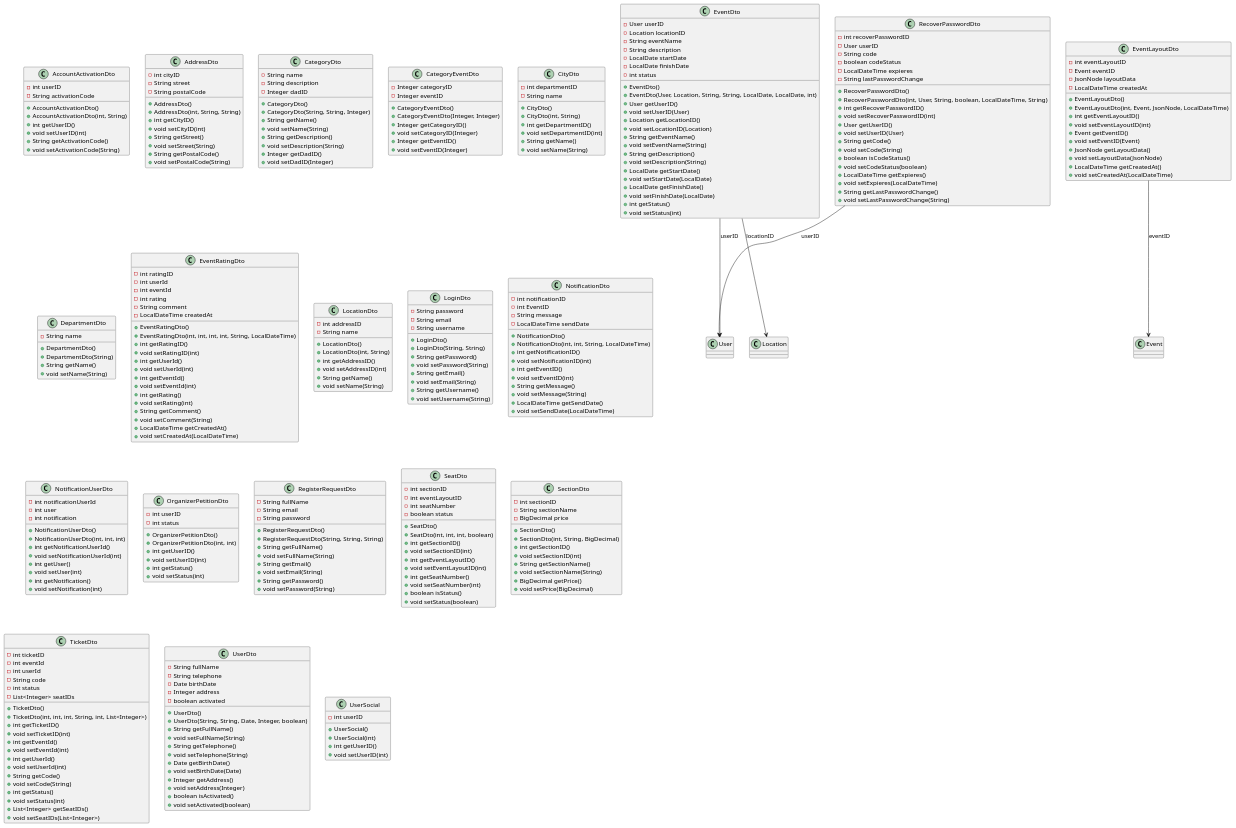
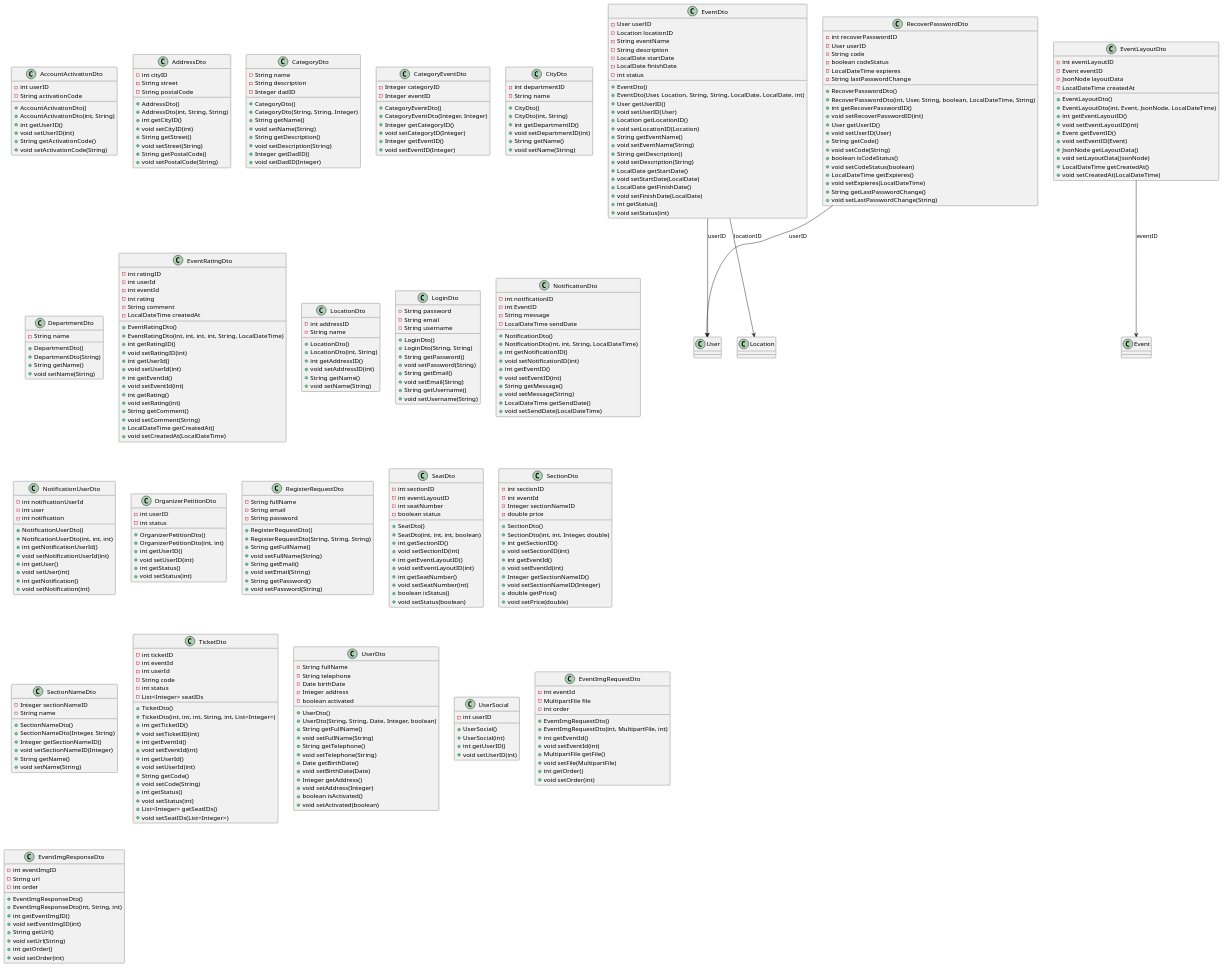
The diagram in architecture/class diagram/class diagram dto complete.puml (lozano2303/tu-evento), drawn with PlantUML before and after one commit. The commit also changed 29 other files, not shown here.

Commit message:
feat(backend and web): section management in maquetation, class diagram actualization

```diff
--- a/architecture/class diagram/class diagram dto complete.puml
+++ b/architecture/class diagram/class diagram dto complete.puml
@@ -258,16 +258,30 @@
 
 class SectionDto {
     - int sectionID
-    - String sectionName
-    - BigDecimal price
+    - int eventId
+    - Integer sectionNameID
+    - double price
     + SectionDto()
-    + SectionDto(int, String, BigDecimal)
+    + SectionDto(int, int, Integer, double)
     + int getSectionID()
     + void setSectionID(int)
-    + String getSectionName()
-    + void setSectionName(String)
-    + BigDecimal getPrice()
-    + void setPrice(BigDecimal)
+    + int getEventId()
+    + void setEventId(int)
+    + Integer getSectionNameID()
+    + void setSectionNameID(Integer)
+    + double getPrice()
+    + void setPrice(double)
+}
+
+class SectionNameDto {
+    - Integer sectionNameID
+    - String name
+    + SectionNameDto()
+    + SectionNameDto(Integer, String)
+    + Integer getSectionNameID()
+    + void setSectionNameID(Integer)
+    + String getName()
+    + void setName(String)
 }
 
 class TicketDto {
@@ -321,6 +335,34 @@
     + void setUserID(int)
 }
 
+class EventImgRequestDto {
+    - int eventId
+    - MultipartFile file
+    - int order
+    + EventImgRequestDto()
+    + EventImgRequestDto(int, MultipartFile, int)
+    + int getEventId()
+    + void setEventId(int)
+    + MultipartFile getFile()
+    + void setFile(MultipartFile)
+    + int getOrder()
+    + void setOrder(int)
+}
+
+class EventImgResponseDto {
+    - int eventImgID
+    - String url
+    - int order
+    + EventImgResponseDto()
+    + EventImgResponseDto(int, String, int)
+    + int getEventImgID()
+    + void setEventImgID(int)
+    + String getUrl()
+    + void setUrl(String)
+    + int getOrder()
+    + void setOrder(int)
+}
+
 ' Relationships
 EventDto --> User : userID
 EventDto --> Location : locationID
```
